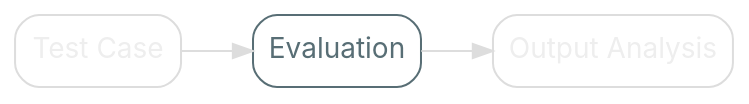
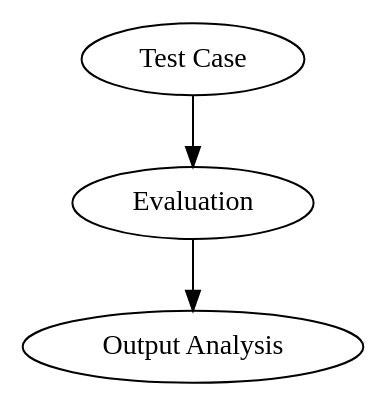
One commit to nrinaudo/much-ado-about-testing changed the diagram in src/graphviz/testing_evaluation.dot. Above: the diagram before and after it, drawn with Graphviz. The commit also changed 98 other files, not shown here.

Commit message:
Use graphviz stylesheets

```diff
--- a/src/graphviz/testing_evaluation.dot
+++ b/src/graphviz/testing_evaluation.dot
@@ -1,15 +1,8 @@
 digraph {
-    bgcolor=transparent
-    rankdir=LR
+    Input[label="Test Case" class="disabled"]
+    Evaluation
+    Analysis[label="Output Analysis" class="disabled"]
 
-    // Default theme: enabled
-    node[shape="rectangle" style="rounded,filled" color="#586E75" fillcolor="#ffffff" fontcolor="#586E75" fontname="Inter,Arial"]
-    edge[color="#586E75" fontcolor="#000000" fontname="Inter,Arial" fontsize=11]
-
-    Input[label="Test Case" color="#dddddd" fontcolor="#eeeeee"]
-    Evaluation
-    Analysis[label="Output Analysis" color="#dddddd" fontcolor="#eeeeee"]
-
-    Input -> Evaluation[color="#dddddd"]
-    Evaluation -> Analysis[color="#dddddd"]
+    Input -> Evaluation[class="disabled"]
+    Evaluation -> Analysis[class="disabled"]
 }
```
